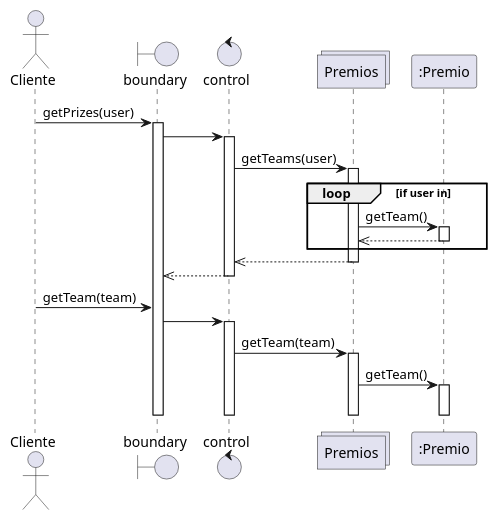
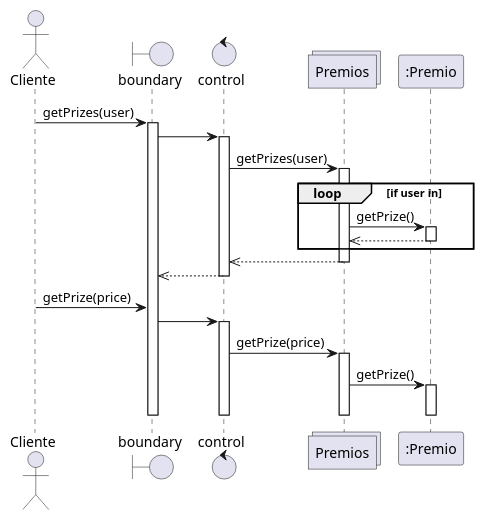
One commit to Cramer-0xbit/route66-plantuml changed the diagram in casos de uso Cliente/mostrarPremios.wsd. Above: the diagram before and after it, drawn with PlantUML. The commit also changed 4 other files, not shown here.

```diff
--- a/casos de uso Cliente/mostrarPremios.wsd
+++ b/casos de uso Cliente/mostrarPremios.wsd
@@ -1,37 +1,37 @@
 @startuml mostrar Premios
 actor "Cliente" as Client
 boundary boundary
 control control
 collections Premios as prizes 
 participant ":Premio" as prize
 Client->boundary :getPrizes(user)
 activate boundary
 boundary->control
 activate control
-control->prizes:getTeams(user)
+control->prizes:getPrizes(user)
 activate prizes
 loop if user in
-  prizes->prize: getTeam()
+  prizes->prize: getPrize()
   activate prize
   prizes<<--prize
   deactivate prize
 end
 control<<--prizes
 deactivate prizes
 boundary<<-- control
 deactivate control
 
-Client->boundary :getTeam(team)
+Client->boundary :getPrize(price)
 boundary -> control 
 activate control
-control -> prizes:getTeam(team)
+control -> prizes:getPrize(price)
 activate prizes
-prizes -> prize:getTeam()
+prizes -> prize:getPrize()
 activate prize
 deactivate prize
 deactivate prizes
 deactivate control
 deactivate boundary
 
 
 @enduml
```
